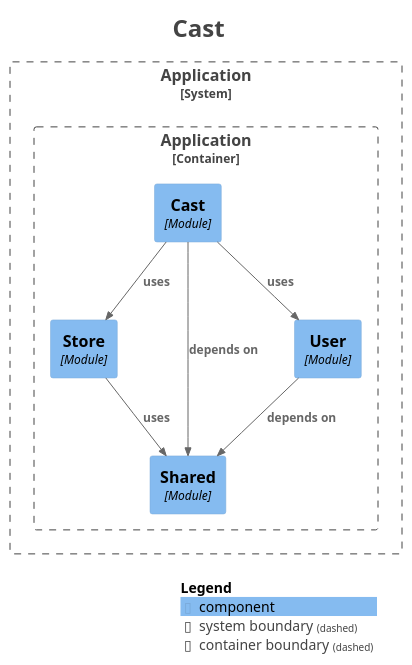
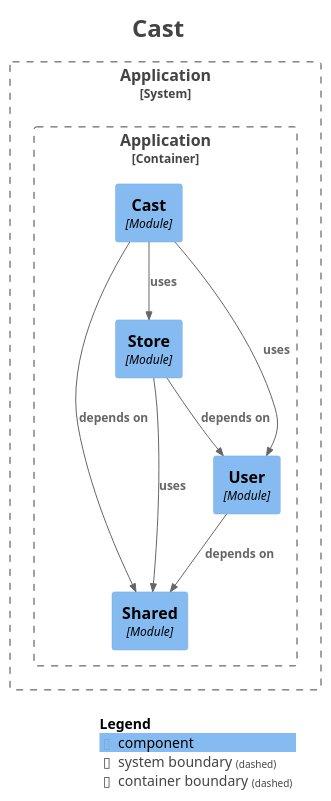
The diagram in backend/docs/modulith/module-cast.puml (kanghouchao/Kizuna), drawn with PlantUML before and after one commit. The commit also changed 24 other files, not shown here.

```diff
--- a/backend/docs/modulith/module-cast.puml
+++ b/backend/docs/modulith/module-cast.puml
@@ -1,36 +1,37 @@
 @startuml
 title <size:24>Cast</size>
 
 set separator none
 top to bottom direction
 
 <style>
   root {
     BackgroundColor: #ffffff
     FontColor: #444444
   }
 </style>
 
 !include <C4/C4>
 !include <C4/C4_Context>
 !include <C4/C4_Component>
 
 System_Boundary("Application_boundary", "Application", $tags="") {
   Container_Boundary("Application.Application_boundary", "Application", $tags="") {
     Component(Application.Application.Store, "Store", $techn="Module", $descr="", $tags="", $link="")
     Component(Application.Application.Cast, "Cast", $techn="Module", $descr="", $tags="", $link="")
     Component(Application.Application.Shared, "Shared", $techn="Module", $descr="", $tags="", $link="")
     Component(Application.Application.User, "User", $techn="Module", $descr="", $tags="", $link="")
   }
 
 }
 
+Rel(Application.Application.Store, Application.Application.User, "depends on", $techn="", $tags="", $link="")
+Rel(Application.Application.Store, Application.Application.Shared, "uses", $techn="", $tags="", $link="")
 Rel(Application.Application.User, Application.Application.Shared, "depends on", $techn="", $tags="", $link="")
-Rel(Application.Application.Store, Application.Application.Shared, "uses", $techn="", $tags="", $link="")
 Rel(Application.Application.Cast, Application.Application.Shared, "depends on", $techn="", $tags="", $link="")
 Rel(Application.Application.Cast, Application.Application.User, "uses", $techn="", $tags="", $link="")
 Rel(Application.Application.Cast, Application.Application.Store, "uses", $techn="", $tags="", $link="")
 
 SHOW_LEGEND(true)
 hide stereotypes
 @enduml
```
